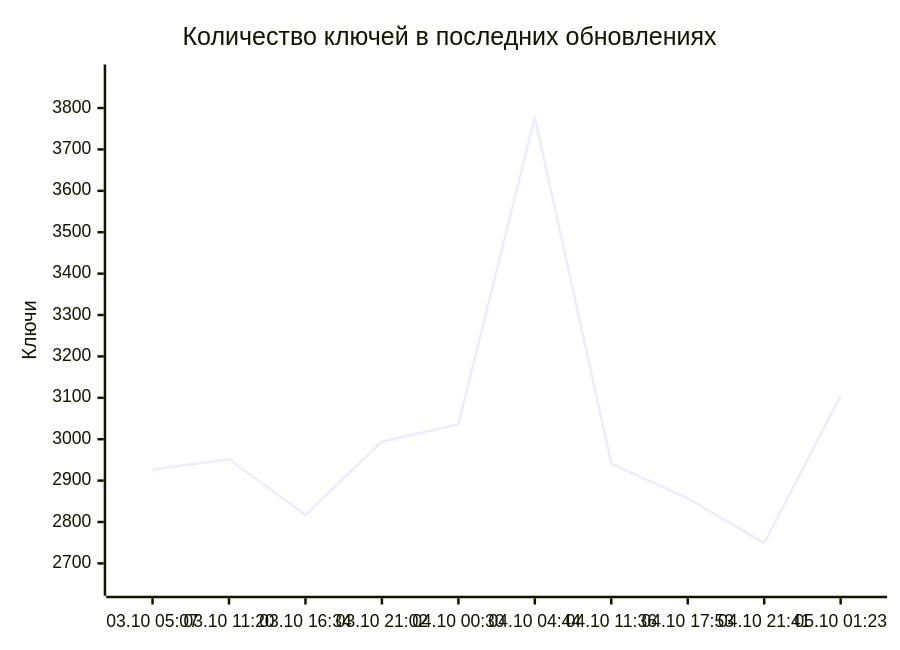
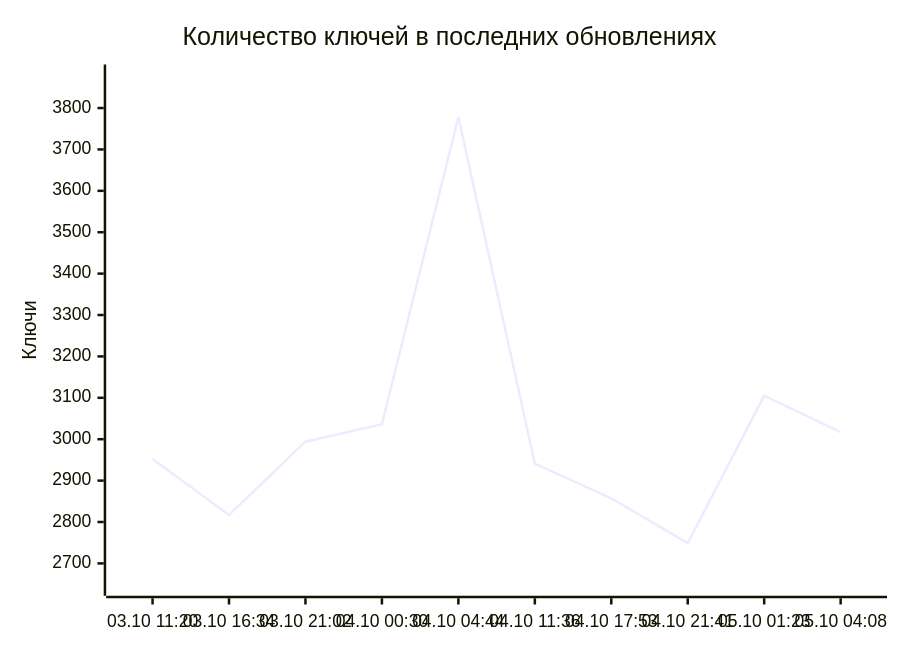
Before and after one commit to markKikhtenko/WireVeil: the diagram in README.md, drawn with Mermaid. The commit also changed other lines of this file and 13 other files, not shown here.

````diff
--- a/README.md
+++ b/README.md
@@ -55,7 +55,7 @@
 ```mermaid
 xychart-beta
     title "Количество ключей в последних обновлениях"
-    x-axis ["03.10 05:07", "03.10 11:20", "03.10 16:34", "03.10 21:02", "04.10 00:30", "04.10 04:44", "04.10 11:36", "04.10 17:53", "04.10 21:41", "05.10 01:23"]
+    x-axis ["03.10 11:20", "03.10 16:34", "03.10 21:02", "04.10 00:30", "04.10 04:44", "04.10 11:36", "04.10 17:53", "04.10 21:41", "05.10 01:23", "05.10 04:08"]
     y-axis "Ключи" 2646 --> 3881
-    line [2926, 2952, 2817, 2994, 3036, 3778, 2941, 2857, 2749, 3105]
+    line [2952, 2817, 2994, 3036, 3778, 2941, 2857, 2749, 3105, 3017]
 ```
````
